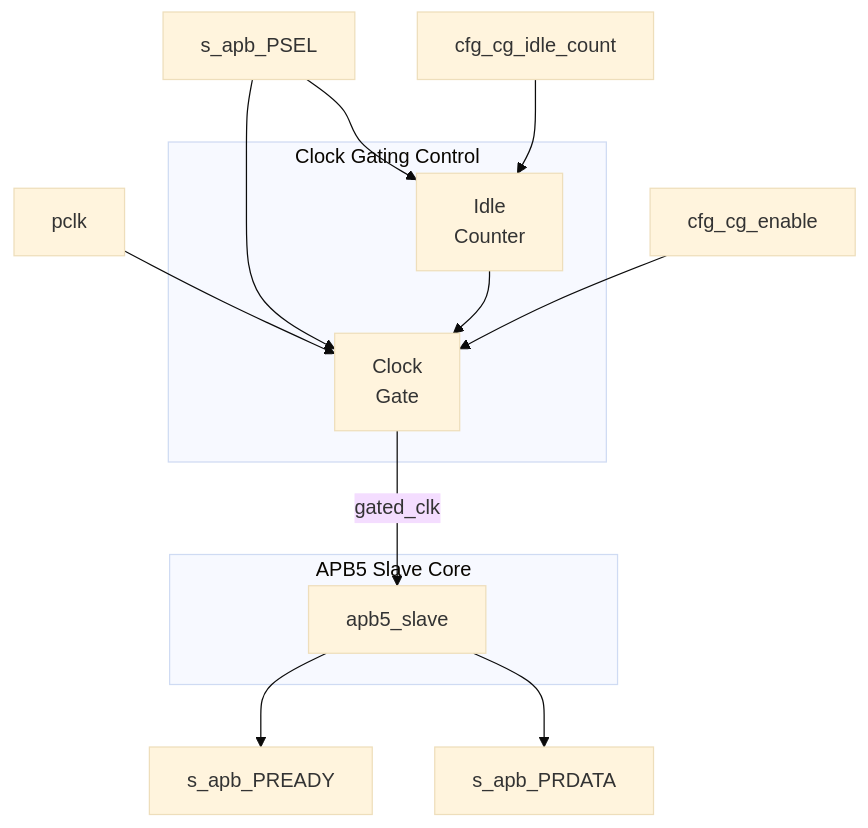
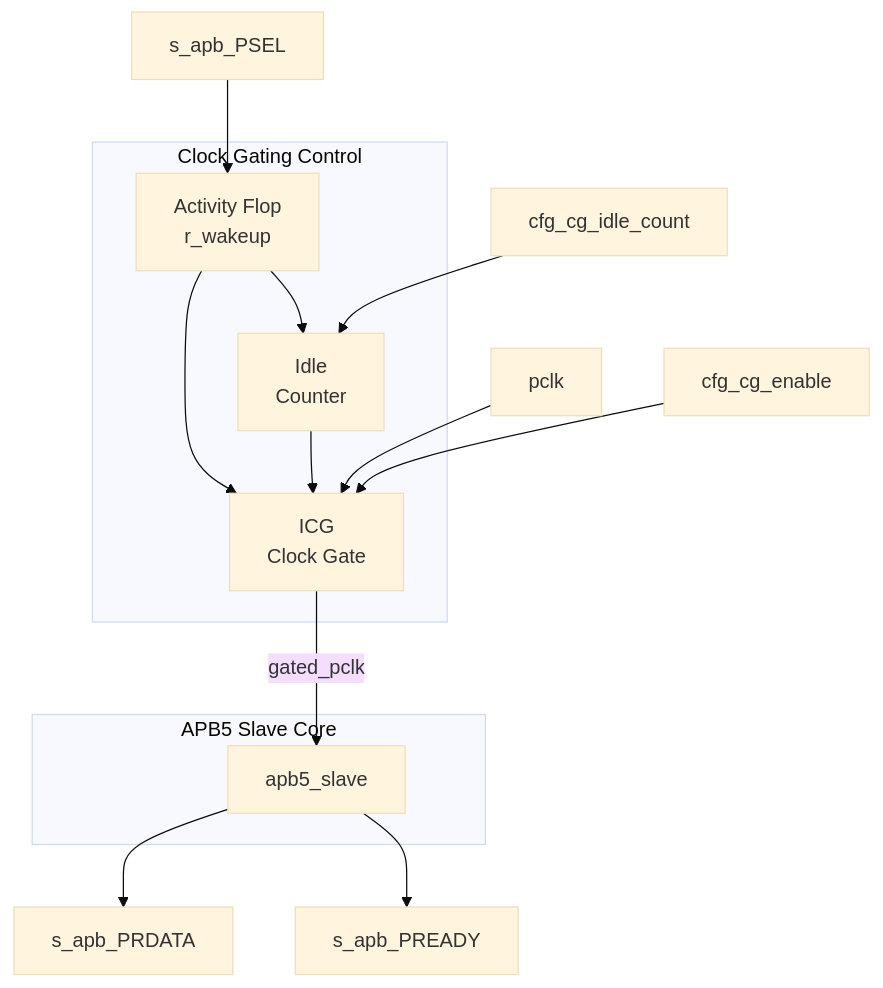
Before and after one commit to sean-galloway/RTLDesignSherpa: the diagram in docs/markdown/RTLAmba/apb5/apb5_slave_cg.md, drawn with Mermaid (base theme). The commit also changed other lines of this file and 446 other files, not shown here.

````diff
--- a/docs/markdown/RTLAmba/apb5/apb5_slave_cg.md
+++ b/docs/markdown/RTLAmba/apb5/apb5_slave_cg.md
@@ -48,24 +48,26 @@
 ```mermaid
 flowchart TB
     subgraph CG["Clock Gating Control"]
+        wake["Activity Flop<br/>r_wakeup"]
         idle["Idle<br/>Counter"]
-        gate["Clock<br/>Gate"]
+        gate["ICG<br/>Clock Gate"]
     end
 
     subgraph CORE["APB5 Slave Core"]
         slave["apb5_slave"]
     end
 
     pclk["pclk"] --> gate
-    gate -->|gated_clk| slave
+    gate -->|gated_pclk| slave
 
-    s_apb_PSEL --> idle
-    s_apb_PSEL --> gate
+    s_apb_PSEL --> wake
+    wake --> idle
     idle --> gate
+    wake --> gate
 
     slave --> s_apb_PREADY
     slave --> s_apb_PRDATA
 
     cfg_cg_enable --> gate
     cfg_cg_idle_count --> idle
 ```
````
